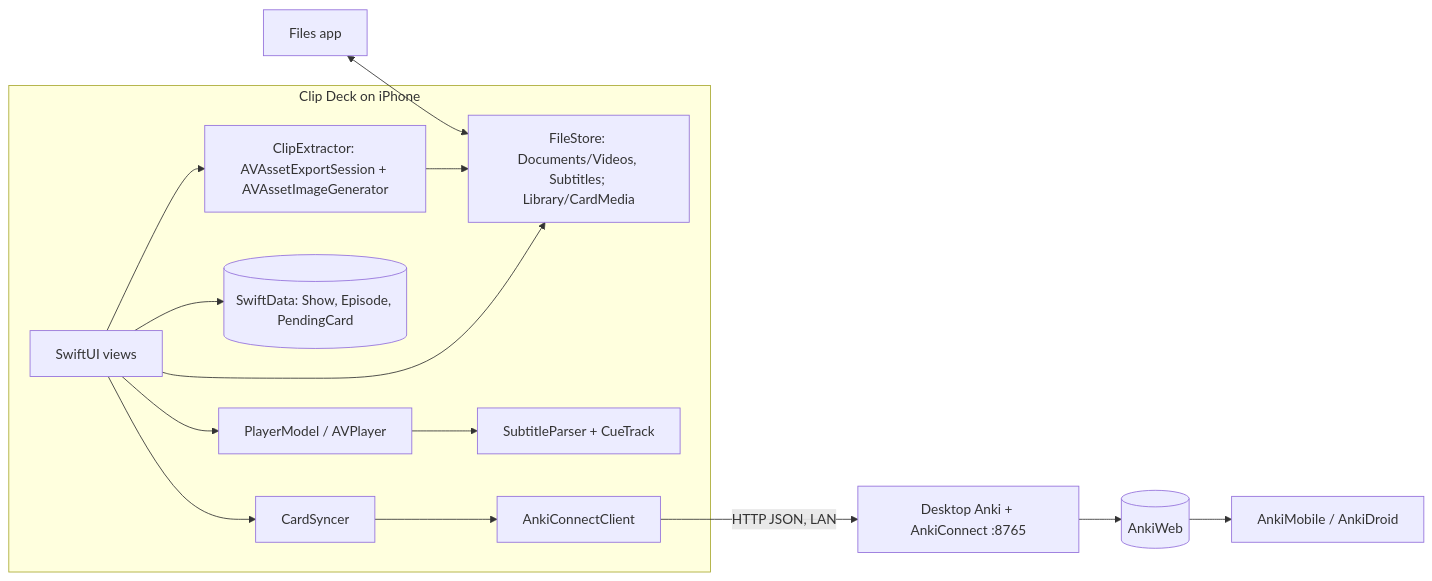
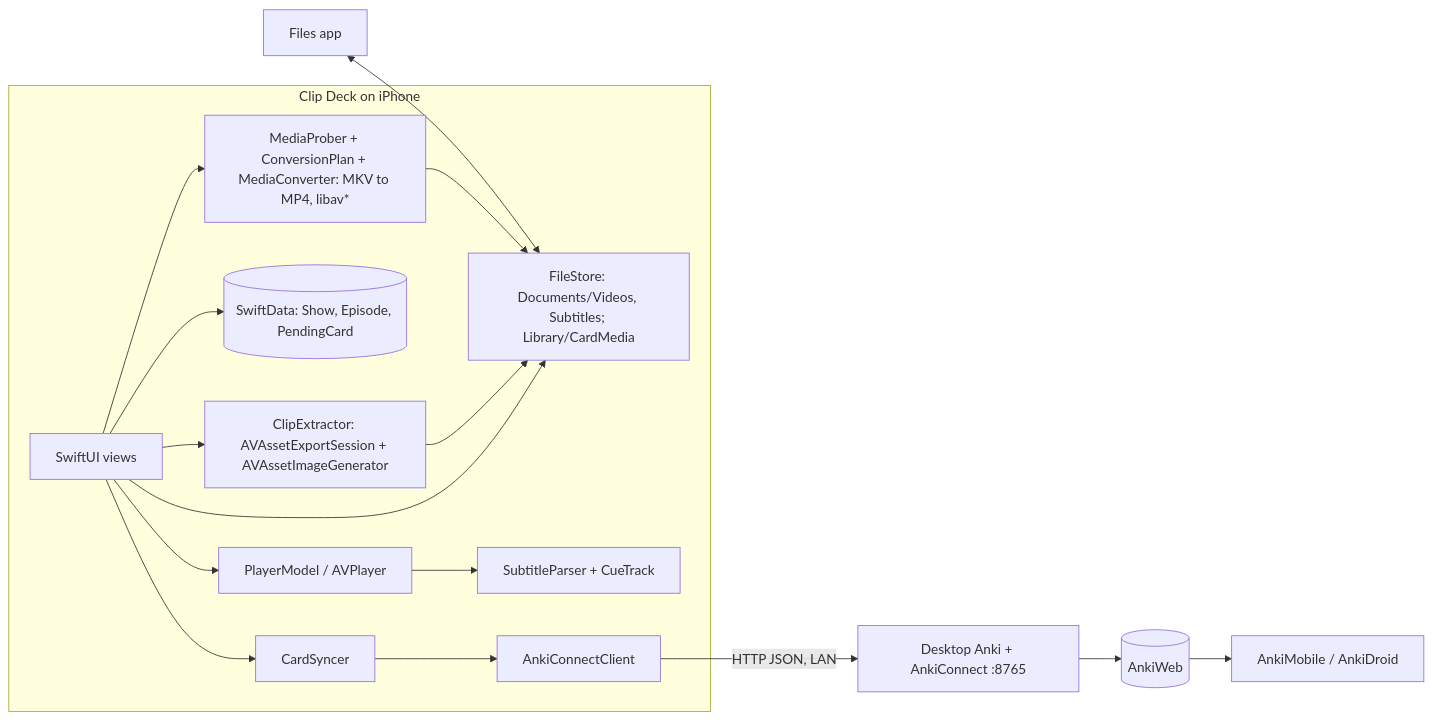
The diagram in docs/ARCHITECTURE.md (bman7222/clip-deck), drawn with Mermaid before and after one commit. The commit also changed other lines of this file and 7 other files, not shown here.

First line of the commit message:
feat(media): convert an MKV file into a playable MP4 inside the app

````diff
--- a/docs/ARCHITECTURE.md
+++ b/docs/ARCHITECTURE.md
@@ -9,16 +9,18 @@
 ```mermaid
 flowchart LR
   subgraph iPhone[Clip Deck on iPhone]
     UI[SwiftUI views] --> PM[PlayerModel / AVPlayer]
     UI --> SD[(SwiftData: Show, Episode, PendingCard)]
     UI --> FS[FileStore: Documents/Videos, Subtitles; Library/CardMedia]
     PM --> SP[SubtitleParser + CueTrack]
     UI --> CE[ClipExtractor: AVAssetExportSession + AVAssetImageGenerator]
     CE --> FS
+    UI --> MC[MediaProber + ConversionPlan + MediaConverter: MKV to MP4, libav*]
+    MC --> FS
     UI --> CS[CardSyncer]
     CS --> AC[AnkiConnectClient]
   end
   Files[Files app] <--> FS
   AC -- HTTP JSON, LAN --> Anki[Desktop Anki + AnkiConnect :8765]
   Anki --> AnkiWeb[(AnkiWeb)] --> AnkiMobile[AnkiMobile / AnkiDroid]
 ```
````
